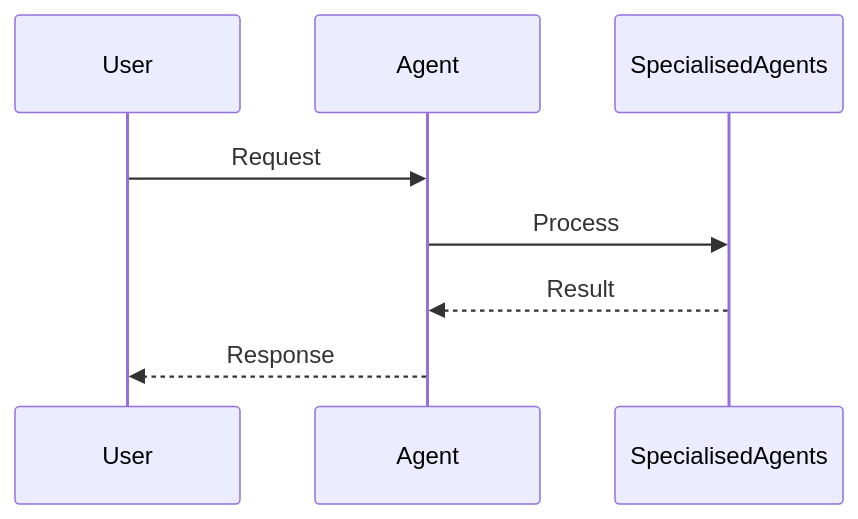
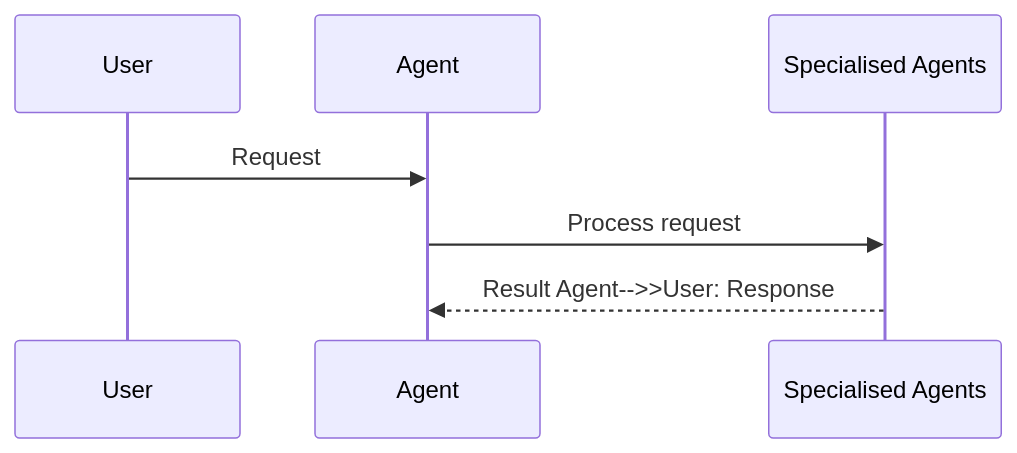
Before and after one commit to MervinPraison/PraisonAIDocs: the second of 2 diagrams in docs/features/specialized-agents.mdx, drawn with Mermaid. The commit also changed 204 other files, not shown here.

First line of the commit message:
docs: align feature/tool pages with AGENTS.md hero + sequence + import standards (fixes #1775)

````diff
--- a/docs/features/specialized-agents.mdx
+++ b/docs/features/specialized-agents.mdx
@@ -42,11 +42,10 @@
 ```mermaid
 sequenceDiagram
     participant User
     participant Agent
-    participant SpecialisedAgents
+    participant Feature as Specialised Agents
 
     User->>Agent: Request
-    Agent->>SpecialisedAgents: Process
-    SpecialisedAgents-->>Agent: Result
-    Agent-->>User: Response
+    Agent->>Feature: Process request
+    Feature-->>Agent: Result    Agent-->>User: Response
 ```
````
